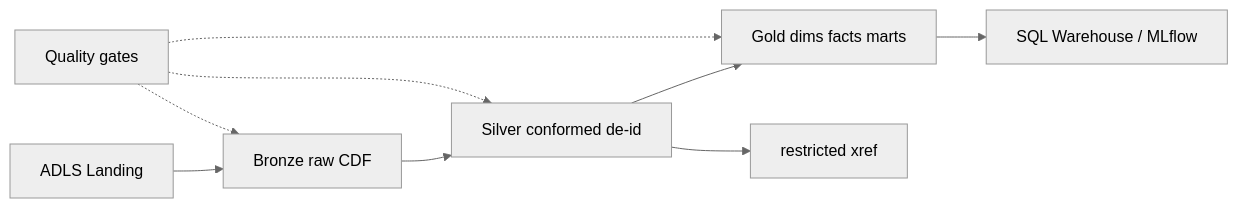
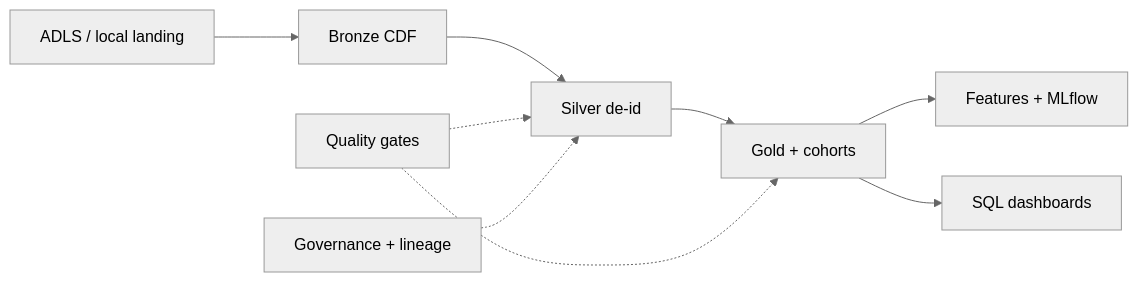
One commit to Dataryx/Databricks-Delta-Lake-Healthcare-Analytics-Platform changed the diagram in README.md. Above: the diagram before and after it, drawn with Mermaid (neutral theme). The commit also changed other lines of this file and 11 other files, not shown here.

First line of the commit message:
feat(serving): dashboards, onboarding notebook, and docs closeout

````diff
--- a/README.md
+++ b/README.md
@@ -31,11 +35,11 @@
 ```mermaid
 flowchart LR
-  Landing[ADLS Landing] --> Bronze[Bronze raw CDF]
-  Bronze --> Silver[Silver conformed de-id]
-  Silver --> Gold[Gold dims facts marts]
-  Silver --> Restricted[restricted xref]
-  Gold --> Serving[SQL Warehouse / MLflow]
-  DQ[Quality gates] -.-> Bronze
-  DQ -.-> Silver
+  Landing[ADLS / local landing] --> Bronze[Bronze CDF]
+  Bronze --> Silver[Silver de-id]
+  Silver --> Gold[Gold + cohorts]
+  Gold --> ML[Features + MLflow]
+  Gold --> Serving[SQL dashboards]
+  DQ[Quality gates] -.-> Silver
   DQ -.-> Gold
+  UC[Governance + lineage] -.-> Silver
 ```
````
